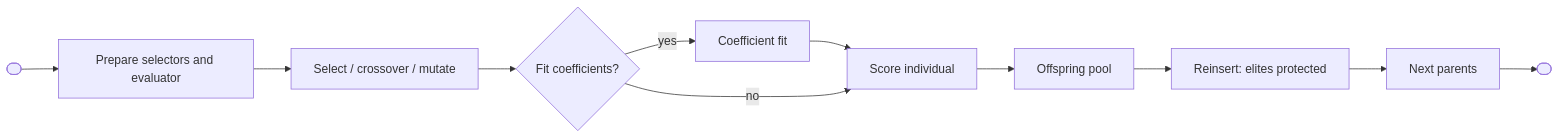
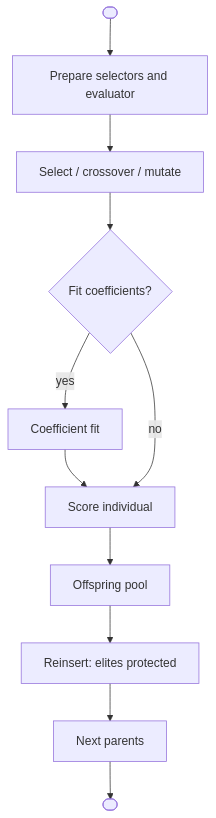
Before and after one commit to heal-research/operon: the diagram in docs/sphinx/guides/search-optimization.md, drawn with Mermaid. The commit also changed 6 other files, not shown here.

Commit message:
docs: use intrinsic top-down Mermaid flows

````diff
--- a/docs/sphinx/guides/search-optimization.md
+++ b/docs/sphinx/guides/search-optimization.md
@@ -3,7 +3,7 @@
 ```{mermaid}
-flowchart LR
+flowchart TB
     start([ ]) --> prepare[Prepare selectors and evaluator] --> variation[Select / crossover / mutate] --> fit{Fit coefficients?}
     fit -->|yes| optimize[Coefficient fit] --> score[Score individual]
     fit -->|no| score
     score --> pool[Offspring pool] --> reinsert[Reinsert: elites protected] --> next[Next parents] --> finish([ ])
 ```
````
